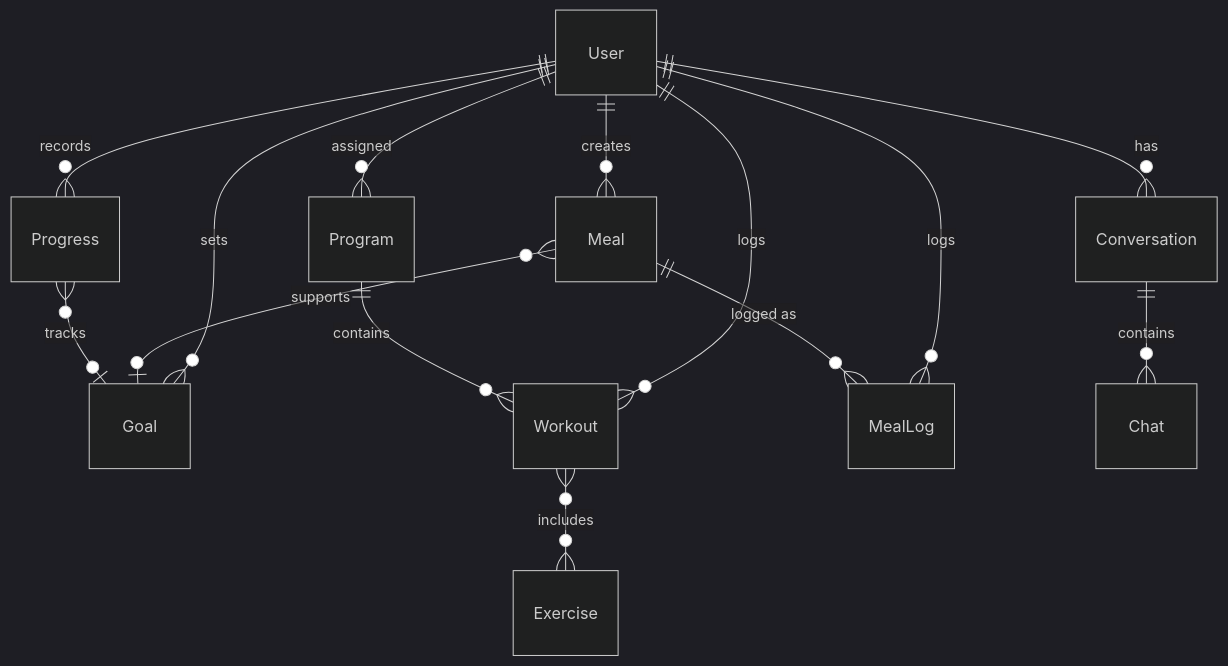
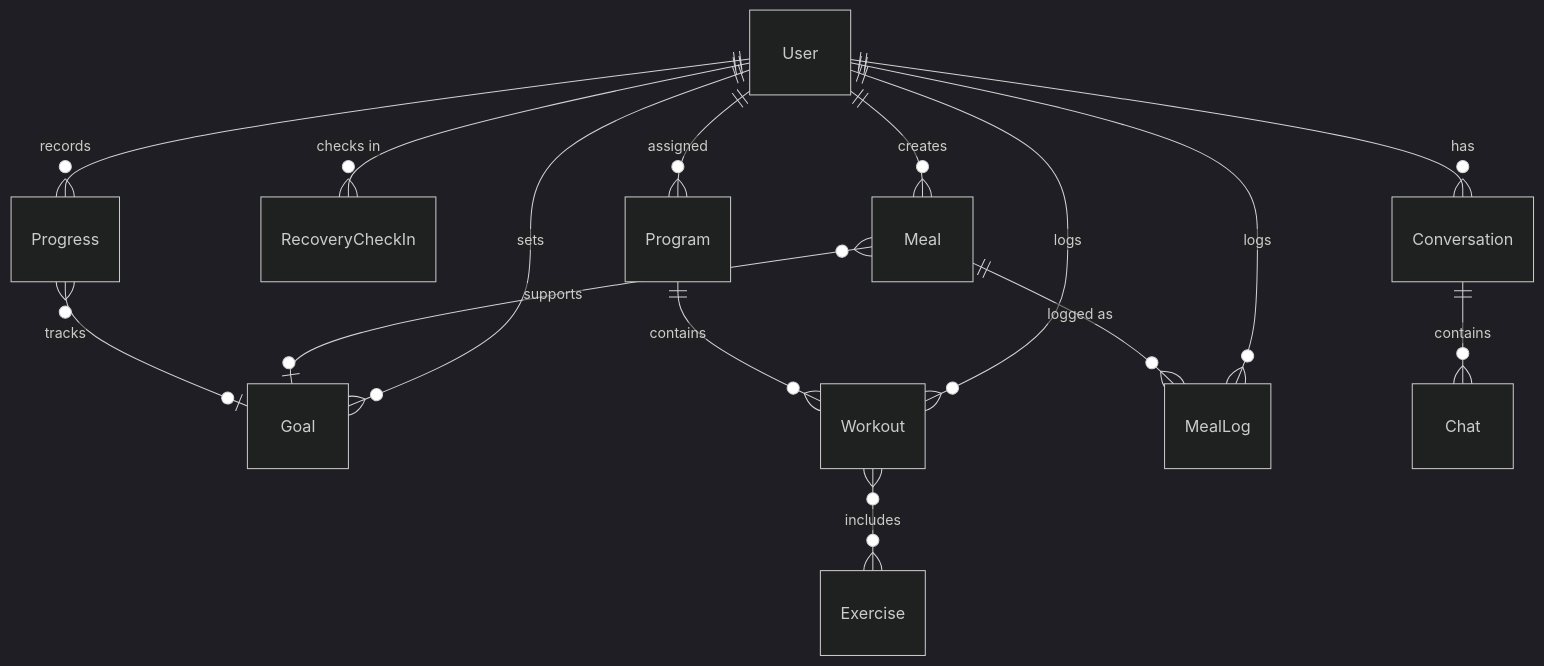
Before and after one commit to evolvecoachapp/evolve: the third of 5 diagrams in .cursor/rules/EVOLVE_ARCHITECTURE.md, drawn with Mermaid (dark theme). The commit also changed other lines of this file and 19 other files, not shown here.

````diff
--- a/.cursor/rules/EVOLVE_ARCHITECTURE.md
+++ b/.cursor/rules/EVOLVE_ARCHITECTURE.md
@@ -798,16 +855,17 @@
 ```mermaid
 erDiagram
     User ||--o{ Goal : sets
     User ||--o{ Workout : logs
     User ||--o{ Meal : creates
     User ||--o{ MealLog : logs
     Meal ||--o{ MealLog : "logged as"
+    User ||--o{ RecoveryCheckIn : "checks in"
     User ||--o{ Progress : records
     User ||--o{ Conversation : has
     Conversation ||--o{ Chat : contains
     User ||--o{ Program : assigned
     Program ||--o{ Workout : contains
     Workout }o--o{ Exercise : includes
     Meal }o--o| Goal : supports
     Progress }o--o| Goal : tracks
 ```
````
